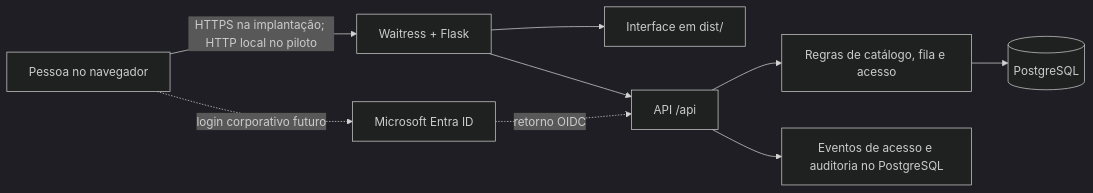
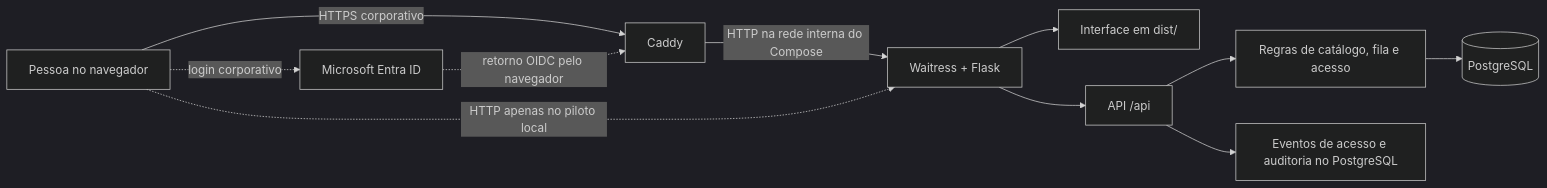
The diagram in painel/README.md (IDP27/calendario-salas-aviva), drawn with Mermaid (dark theme) before and after one commit. The commit also changed other lines of this file and 14 other files, not shown here.

````diff
--- a/painel/README.md
+++ b/painel/README.md
@@ -41,11 +47,13 @@
 ```mermaid
 flowchart LR
-    U[Pessoa no navegador] -->|HTTPS na implantação; HTTP local no piloto| W[Waitress + Flask]
+    U[Pessoa no navegador] -->|HTTPS corporativo| C[Caddy]
+    C -->|HTTP na rede interna do Compose| W[Waitress + Flask]
+    U -. HTTP apenas no piloto local .-> W
     W --> F[Interface em dist/]
     W --> A[API /api]
     A --> R[Regras de catálogo, fila e acesso]
     R --> P[(PostgreSQL)]
     A --> L[Eventos de acesso e auditoria no PostgreSQL]
-    U -. login corporativo futuro .-> E[Microsoft Entra ID]
-    E -. retorno OIDC .-> A
+    U -. login corporativo .-> E[Microsoft Entra ID]
+    E -. retorno OIDC pelo navegador .-> C
 ```
````
